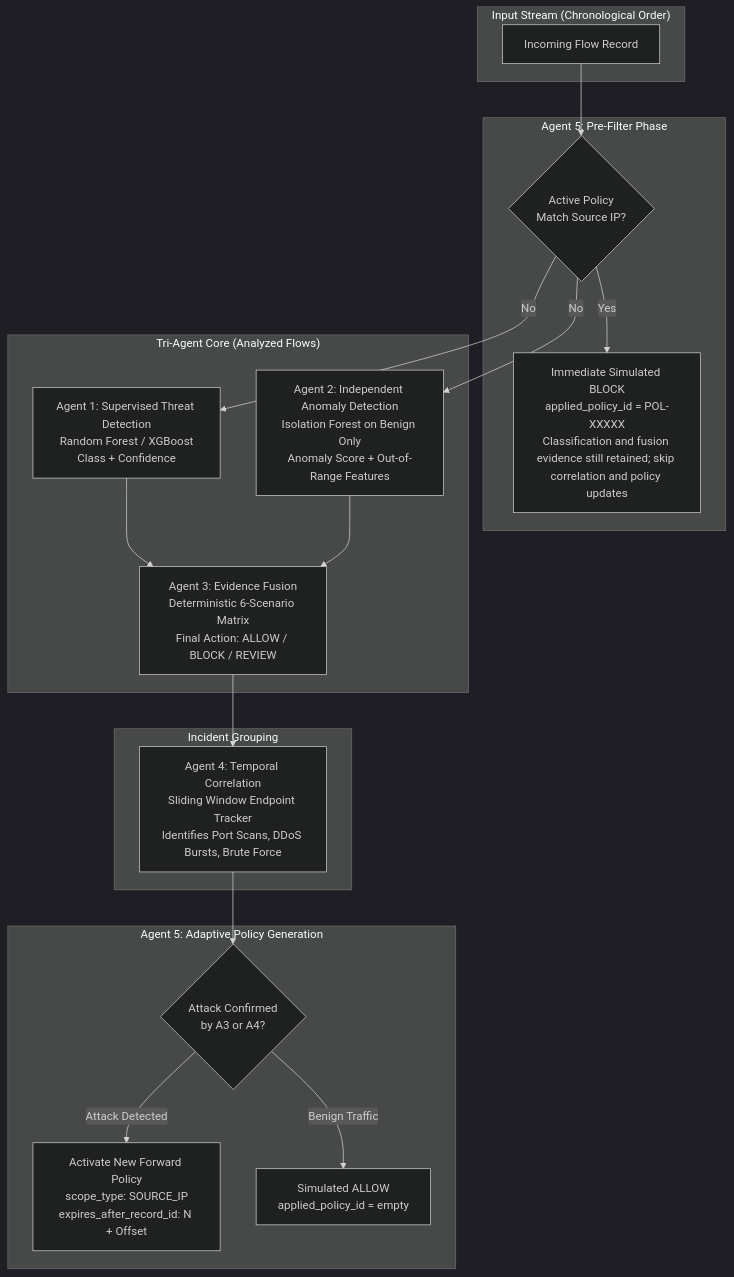
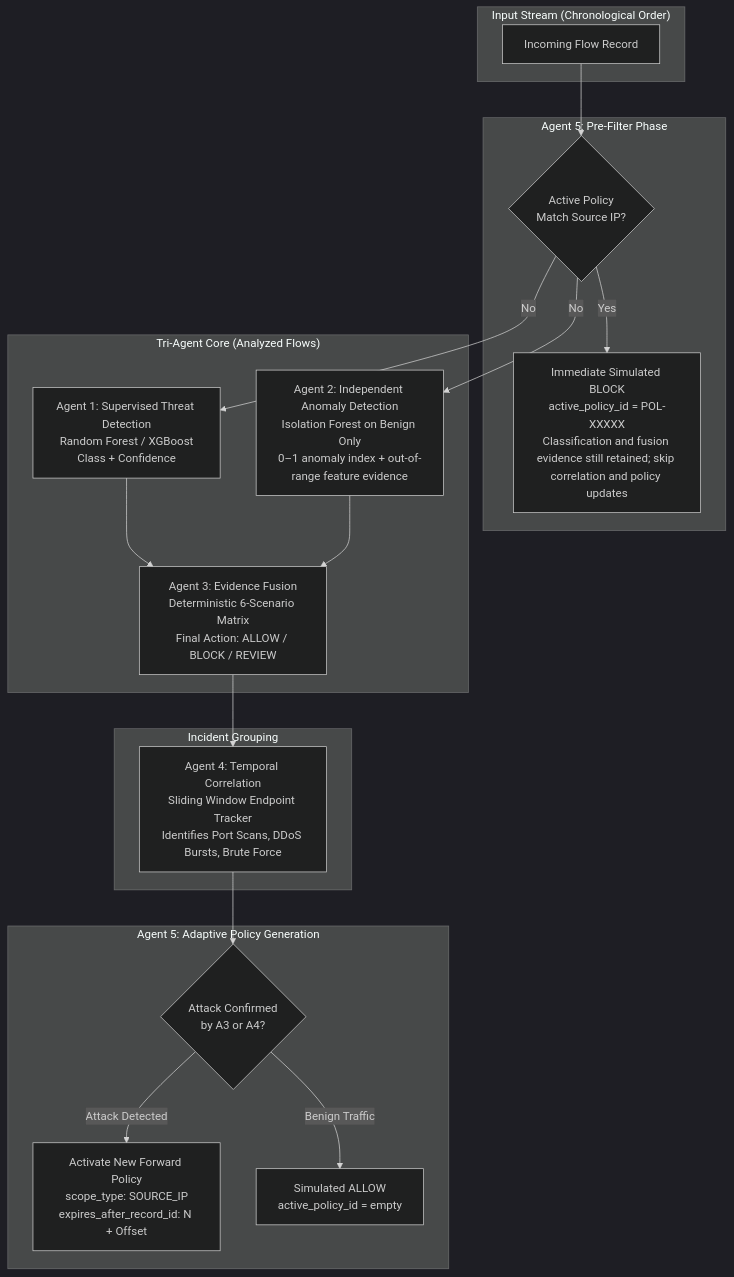
Before and after one commit to Aarush-JIIT-2030/jai: the diagram in docs/level2-brief.md, drawn with Mermaid (dark theme). The commit also changed other lines of this file, not shown here.

````diff
--- a/docs/level2-brief.md
+++ b/docs/level2-brief.md
@@ -7,36 +7,36 @@
 ```mermaid
 flowchart TD
     subgraph Ingestion["Input Stream (Chronological Order)"]
         F[Incoming Flow Record]
     end
 
     subgraph A5_Pre["Agent 5: Pre-Filter Phase"]
         PF{Active Policy<br/>Match Source IP?}
-        BLK[Immediate Simulated BLOCK<br/>applied_policy_id = POL-XXXXX<br/>Classification and fusion evidence still retained; skip correlation and policy updates]
+        BLK[Immediate Simulated BLOCK<br/>active_policy_id = POL-XXXXX<br/>Classification and fusion evidence still retained; skip correlation and policy updates]
     end
 
     subgraph Detection["Tri-Agent Core (Analyzed Flows)"]
         A1[Agent 1: Supervised Threat Detection<br/>Random Forest / XGBoost<br/>Class + Confidence]
-        A2[Agent 2: Independent Anomaly Detection<br/>Isolation Forest on Benign Only<br/>Anomaly Score + Out-of-Range Features]
+        A2[Agent 2: Independent Anomaly Detection<br/>Isolation Forest on Benign Only<br/>0–1 anomaly index + out-of-range feature evidence]
         A3[Agent 3: Evidence Fusion<br/>Deterministic 6-Scenario Matrix<br/>Final Action: ALLOW / BLOCK / REVIEW]
     end
 
     subgraph Correlation["Incident Grouping"]
         A4[Agent 4: Temporal Correlation<br/>Sliding Window Endpoint Tracker<br/>Identifies Port Scans, DDoS Bursts, Brute Force]
     end
 
     subgraph A5_Post["Agent 5: Adaptive Policy Generation"]
         PG{Attack Confirmed<br/>by A3 or A4?}
         POL[Activate New Forward Policy<br/>scope_type: SOURCE_IP<br/>expires_after_record_id: N + Offset]
-        ALW[Simulated ALLOW<br/>applied_policy_id = empty]
+        ALW[Simulated ALLOW<br/>active_policy_id = empty]
     end
 
     F --> PF
     PF -- Yes --> BLK
     PF -- No --> A1 & A2
     A1 & A2 --> A3
     A3 --> A4
     A4 --> PG
     PG -- Attack Detected --> POL
     PG -- Benign Traffic --> ALW
 ```
````
